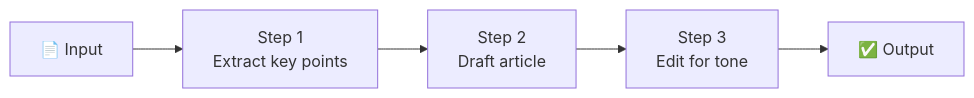
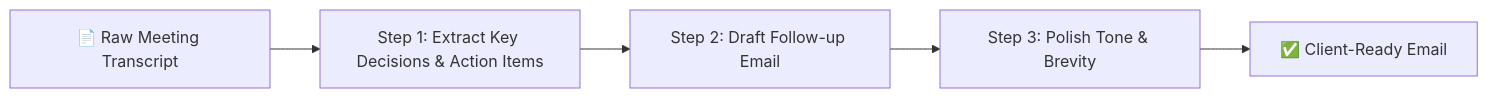
Before and after one commit to ABVicky/Prompt-Engineering-by-Vicky: the first of 6 diagrams in modules/08-prompt-chaining-workflows.md, drawn with Mermaid. The commit also changed other lines of this file and 19 other files, not shown here.

````diff
--- a/modules/08-prompt-chaining-workflows.md
+++ b/modules/08-prompt-chaining-workflows.md
@@ -40,4 +60,7 @@
 ```mermaid
 flowchart LR
-    A["📄 Input"] --> B["Step 1<br/>Extract key points"] --> C["Step 2<br/>Draft article"] --> D["Step 3<br/>Edit for tone"] --> E["✅ Output"]
+    A["📄 Raw Meeting Transcript"] --> B["Step 1: Extract Key Decisions & Action Items"]
+    B --> C["Step 2: Draft Follow-up Email"]
+    C --> D["Step 3: Polish Tone & Brevity"]
+    D --> E["✅ Client-Ready Email"]
 ```
````
